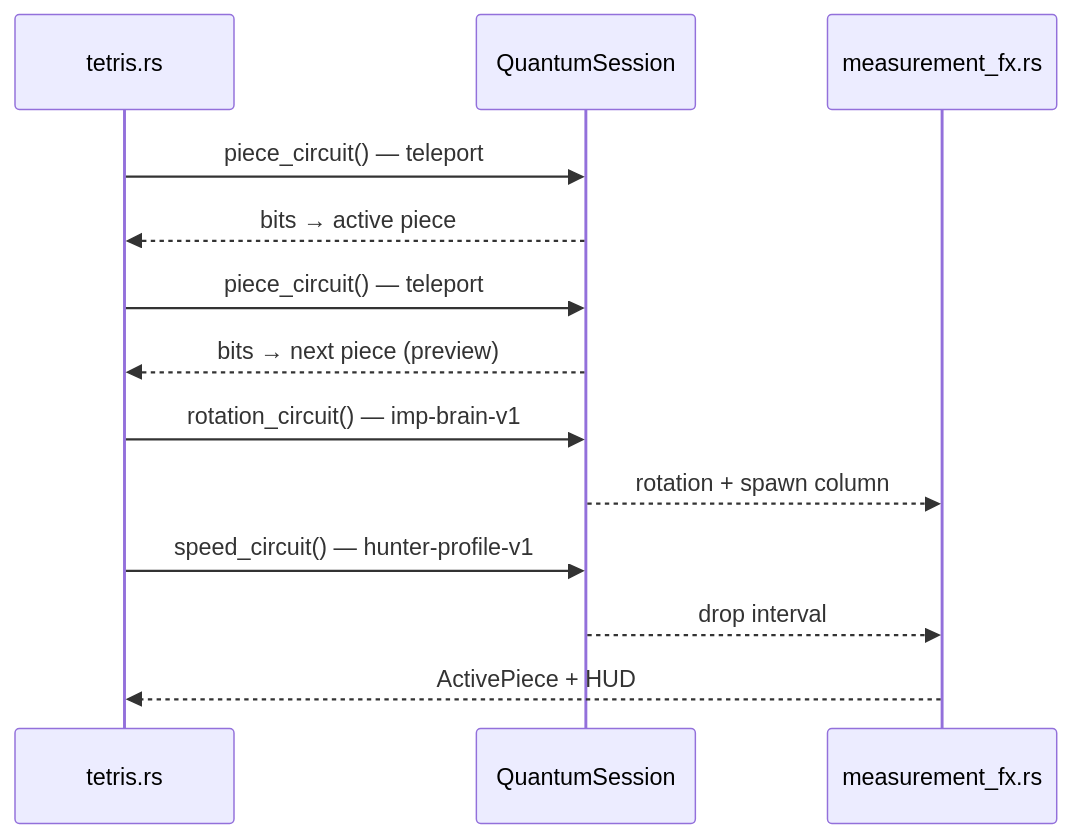
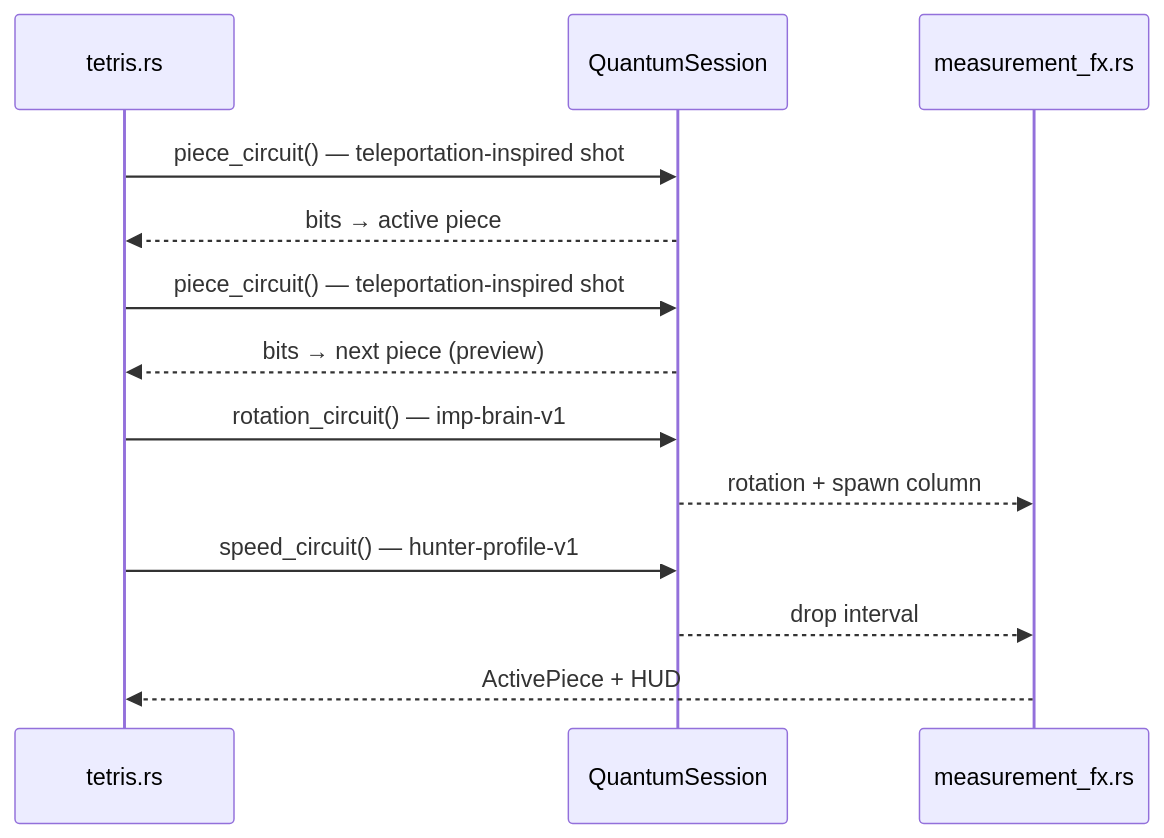
The second of 2 diagrams in README.md (thepriben/quantum-tetris), drawn with Mermaid before and after one commit. The commit also changed other lines of this file and 23 other files, not shown here.

````diff
--- a/README.md
+++ b/README.md
@@ -142,16 +142,16 @@
 ```mermaid
 sequenceDiagram
   participant T as tetris.rs
   participant Q as QuantumSession
   participant M as measurement_fx.rs
 
-  T->>Q: piece_circuit() — teleport #1
+  T->>Q: piece_circuit() — teleportation-inspired shot #1
   Q-->>T: bits → active piece
-  T->>Q: piece_circuit() — teleport #2
+  T->>Q: piece_circuit() — teleportation-inspired shot #2
   Q-->>T: bits → next piece (preview)
   T->>Q: rotation_circuit() — imp-brain-v1
   Q-->>M: rotation + spawn column
   T->>Q: speed_circuit() — hunter-profile-v1
   Q-->>M: drop interval
   M-->>T: ActivePiece + HUD
 ```
````
